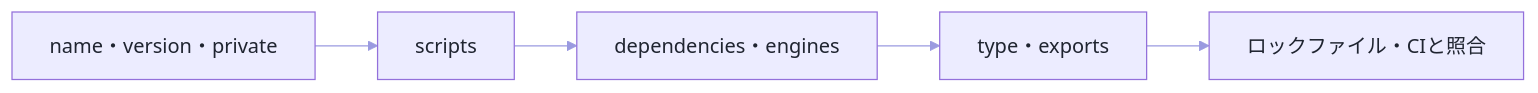
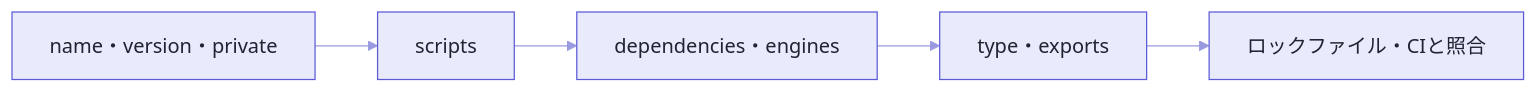
One commit to nagahara-naoki/zenn changed the first of 2 diagrams in articles/20e764fff0399b.md. Above: the diagram before and after it, drawn with Mermaid. The commit also changed other lines of this file, not shown here.

Commit message:
package.jsonの読み方

````diff
--- a/articles/20e764fff0399b.md
+++ b/articles/20e764fff0399b.md
@@ -19,8 +19,8 @@
 ```mermaid
-%%{init: {'themeVariables': {'primaryColor': '#eaeafd', 'primaryBorderColor': '#5b5bd6', 'primaryTextColor': '#1f2430', 'lineColor': '#9a9ae0', 'textColor': '#1f2430', 'edgeLabelBackground': '#eaeafd', 'tertiaryColor': '#f4f4fe', 'tertiaryBorderColor': '#5b5bd6', 'tertiaryTextColor': '#1f2430'}}}%%
+%%{init: {'theme': 'base', 'themeVariables': {'primaryColor': '#eaeafd', 'primaryBorderColor': '#5b5bd6', 'primaryTextColor': '#1f2430', 'mainBkg': '#eaeafd', 'nodeBorder': '#5b5bd6', 'nodeTextColor': '#1f2430', 'secondaryColor': '#dcdcfa', 'secondaryBorderColor': '#5b5bd6', 'secondaryTextColor': '#1f2430', 'tertiaryColor': '#f4f4fe', 'tertiaryBorderColor': '#5b5bd6', 'tertiaryTextColor': '#1f2430', 'clusterBkg': '#f4f4fe', 'clusterBorder': '#5b5bd6', 'lineColor': '#9a9ae0', 'textColor': '#1f2430', 'titleColor': '#1f2430', 'edgeLabelBackground': '#eaeafd', 'labelBackground': '#eaeafd', 'labelBoxBkgColor': '#eaeafd', 'labelTextColor': '#1f2430', 'noteBkgColor': '#eaeafd', 'noteTextColor': '#1f2430', 'noteBorderColor': '#5b5bd6'}}}%%
 flowchart LR
     A[name・version・private] --> B[scripts]
     B --> C[dependencies・engines]
     C --> D[type・exports]
     D --> E[ロックファイル・CIと照合]
 ```
````
